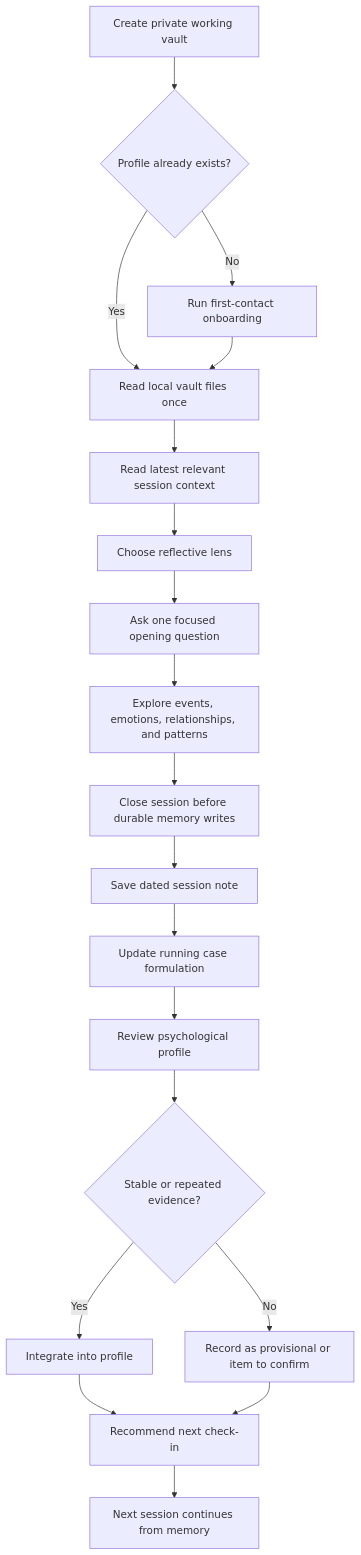
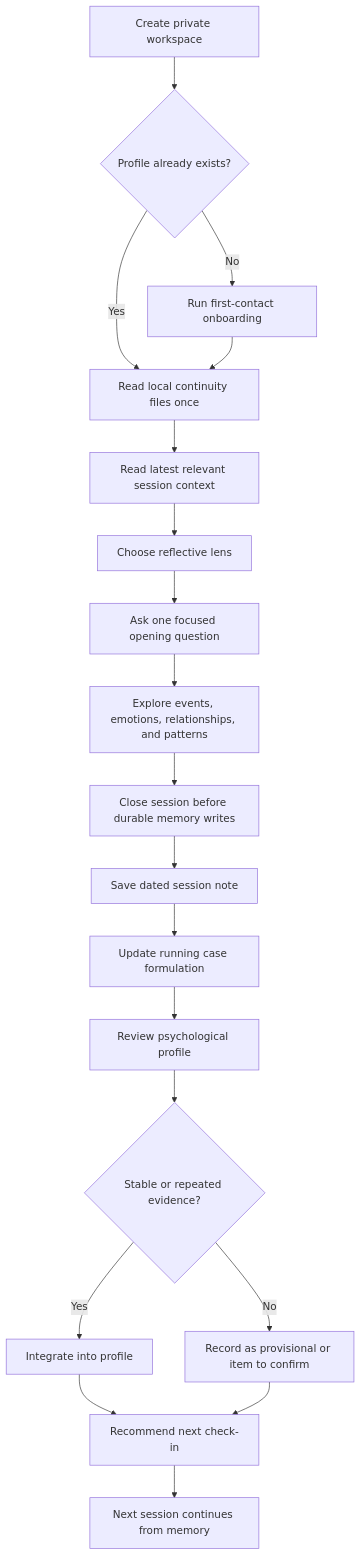
One commit to 126mingxuan/psychology-reflection-vault changed the first of 4 diagrams in README.md. Above: the diagram before and after it, drawn with Mermaid. The commit also changed other lines of this file and 30 other files, not shown here.

````diff
--- a/README.md
+++ b/README.md
@@ -167,21 +171,21 @@
 ```mermaid
 flowchart TD
-    A["Create private working vault"] --> B{"Profile already exists?"}
+    A["Create private workspace"] --> B{"Profile already exists?"}
     B -- No --> C["Run first-contact onboarding"]
-    B -- Yes --> D["Read local vault files once"]
+    B -- Yes --> D["Read local continuity files once"]
     C --> D
     D --> E["Read latest relevant session context"]
     E --> F["Choose reflective lens"]
     F --> G["Ask one focused opening question"]
     G --> H["Explore events, emotions, relationships, and patterns"]
     H --> I["Close session before durable memory writes"]
     I --> J["Save dated session note"]
     J --> K["Update running case formulation"]
     K --> L["Review psychological profile"]
     L --> M{"Stable or repeated evidence?"}
     M -- Yes --> N["Integrate into profile"]
     M -- No --> O["Record as provisional or item to confirm"]
     N --> P["Recommend next check-in"]
     O --> P
     P --> Q["Next session continues from memory"]
 ```
````
